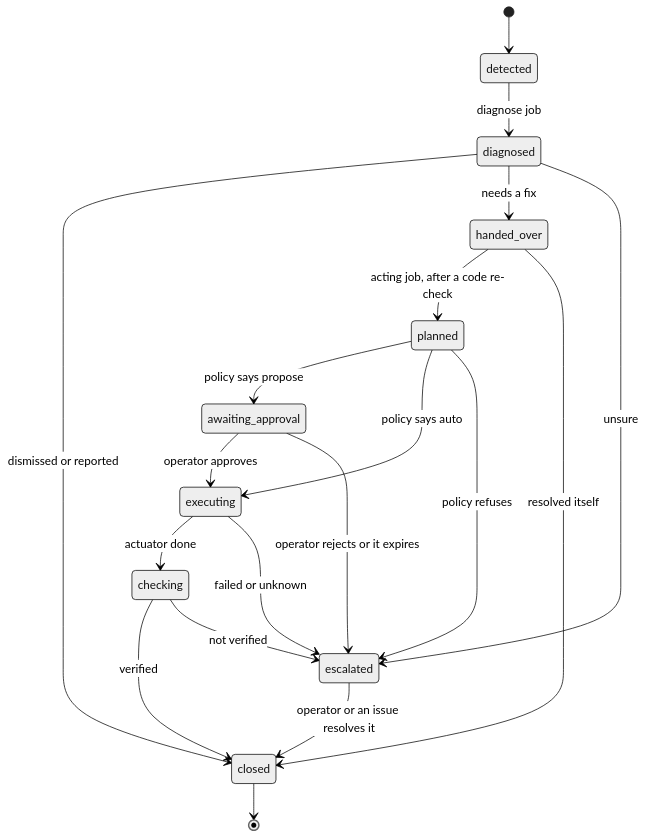
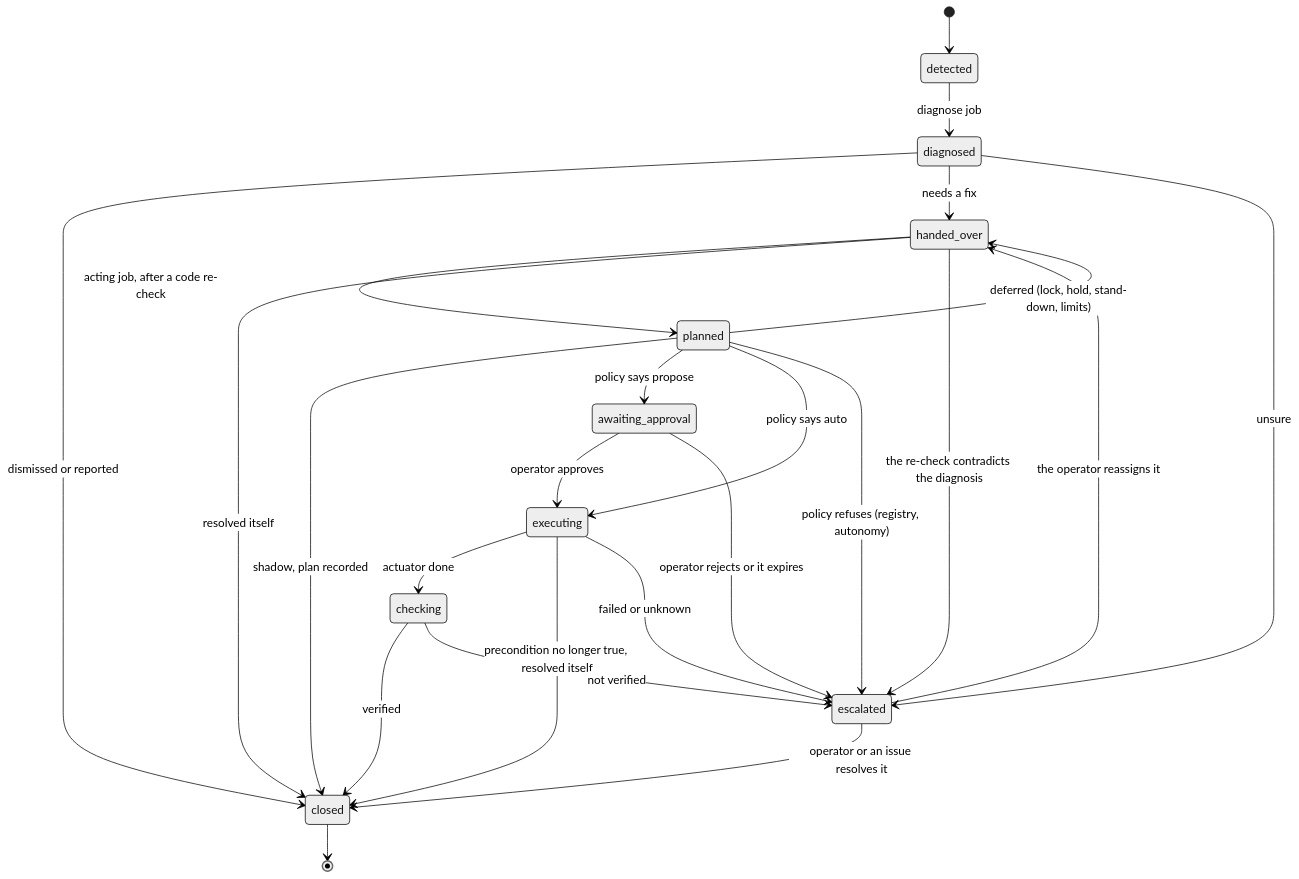
One commit to chipi/flotilla changed the second of 7 diagrams in docs/rfc/RFC-0004-agent-pipeline.md. Above: the diagram before and after it, drawn with Mermaid (neutral theme). The commit also changed other lines of this file, not shown here.

````diff
--- a/docs/rfc/RFC-0004-agent-pipeline.md
+++ b/docs/rfc/RFC-0004-agent-pipeline.md
@@ -188,21 +201,26 @@
 ```mermaid
 stateDiagram-v2
     [*] --> detected
     detected --> diagnosed: diagnose job
     diagnosed --> closed: dismissed or reported
     diagnosed --> handed_over: needs a fix
     diagnosed --> escalated: unsure
     handed_over --> planned: acting job, after a code re-check
     handed_over --> closed: resolved itself
+    planned --> closed: shadow, plan recorded
     planned --> awaiting_approval: policy says propose
     planned --> executing: policy says auto
-    planned --> escalated: policy refuses
+    planned --> handed_over: deferred (lock, hold, stand-down, limits)
+    planned --> escalated: policy refuses (registry, autonomy)
     awaiting_approval --> executing: operator approves
     awaiting_approval --> escalated: operator rejects or it expires
     executing --> checking: actuator done
+    executing --> closed: precondition no longer true, resolved itself
     executing --> escalated: failed or unknown
     checking --> closed: verified
     checking --> escalated: not verified
+    handed_over --> escalated: the re-check contradicts the diagnosis
+    escalated --> handed_over: the operator reassigns it
     escalated --> closed: operator or an issue resolves it
     closed --> [*]
 ```
````
